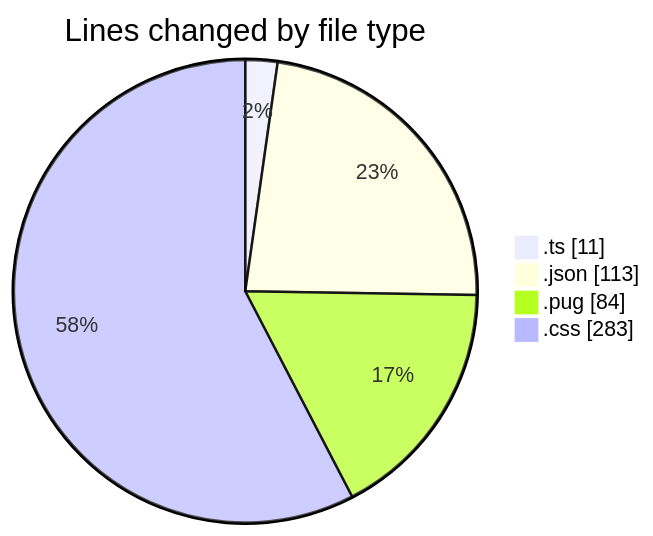
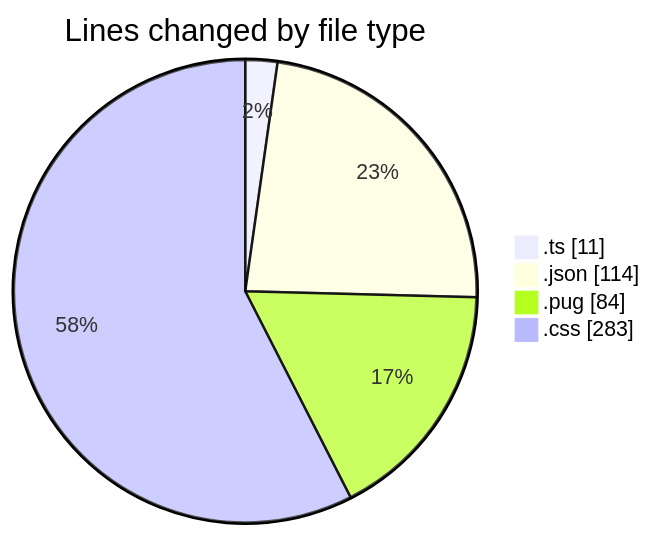
Before and after one commit to momahboobian/code-tracking: the first of 2 diagrams in 2025-02-24/cda/README.md, drawn with Mermaid. The commit also changed other lines of this file and 1 other file, not shown here.

````diff
--- a/2025-02-24/cda/README.md
+++ b/2025-02-24/cda/README.md
@@ -28,8 +28,8 @@
 ```mermaid
 pie showData
 title Lines changed by file type
 ".ts" : 11
-".json" : 113
+".json" : 114
 ".pug" : 84
 ".css" : 283
 ```
````
